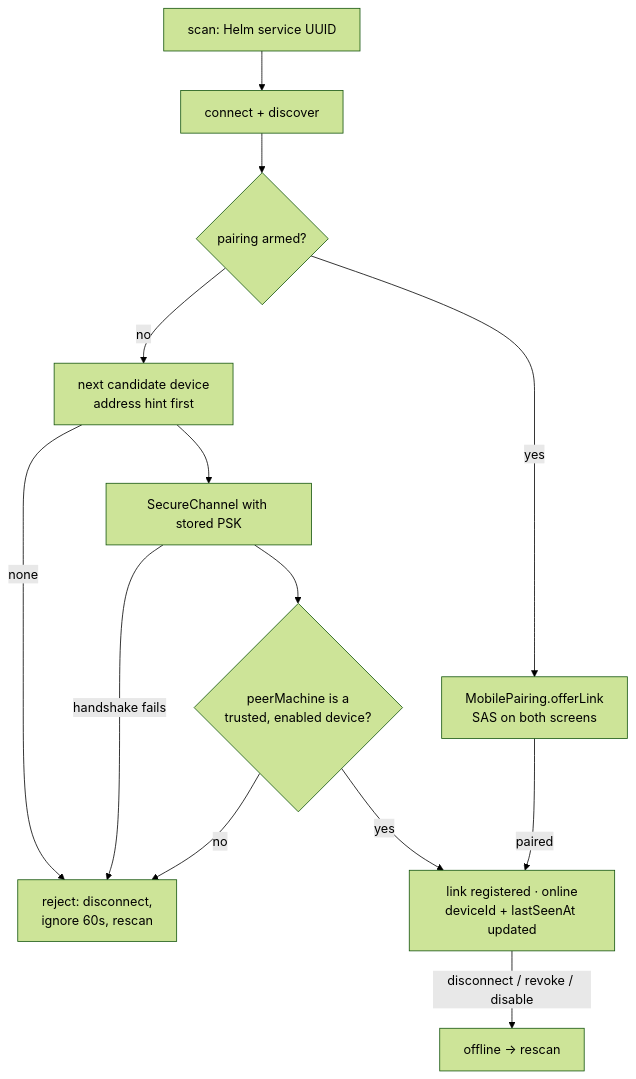
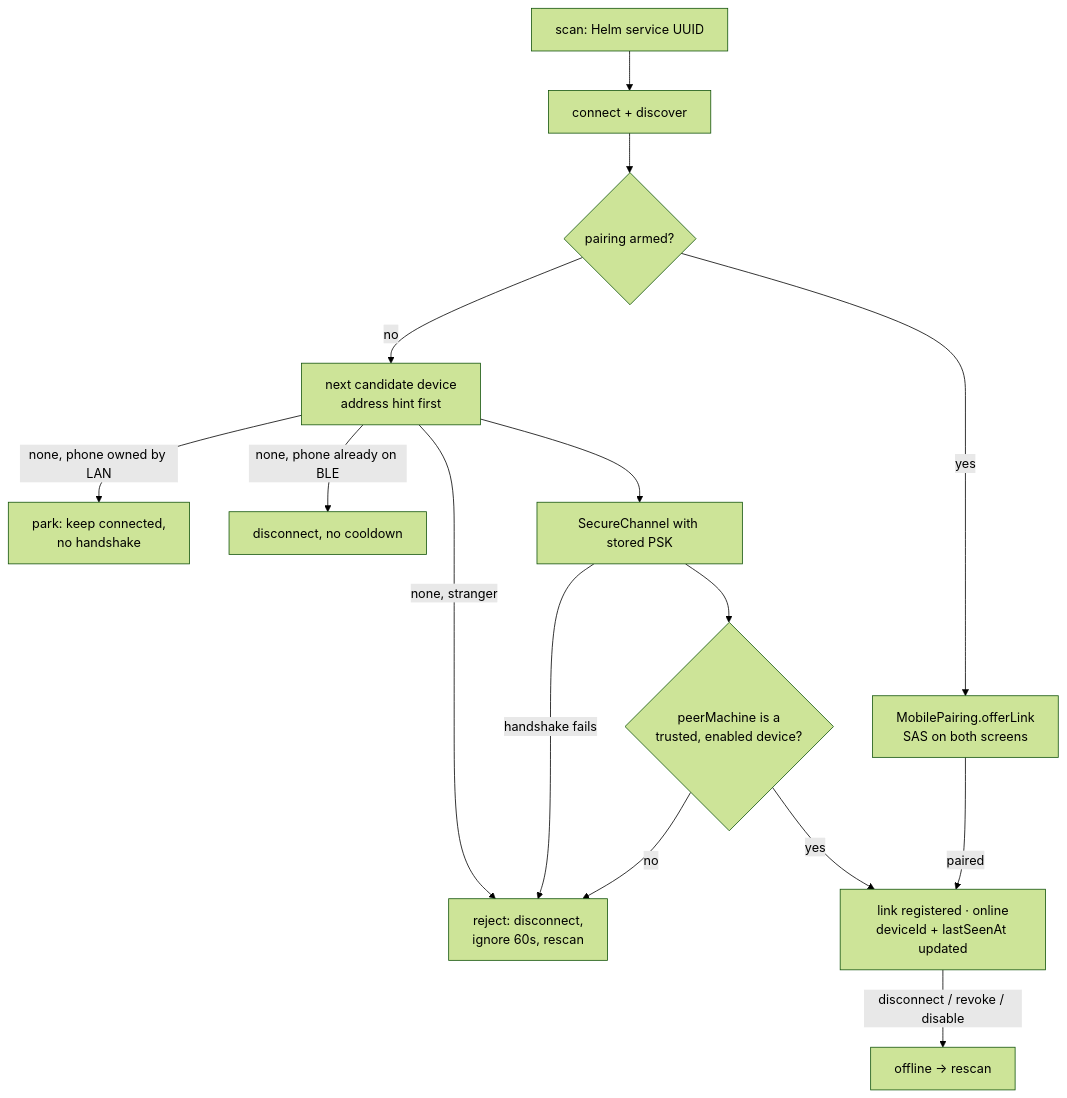
Before and after one commit to PetePeter/helm: the second of 4 diagrams in docs/mobile-ble-transport.md, drawn with Mermaid (forest theme). The commit also changed other lines of this file and 30 other files, not shown here.

````diff
--- a/docs/mobile-ble-transport.md
+++ b/docs/mobile-ble-transport.md
@@ -124,15 +124,17 @@
 ```mermaid
 graph TD
     S[scan: Helm service UUID] --> C[connect + discover]
     C --> P{pairing armed?}
     P -->|yes| PAIR[MobilePairing.offerLink<br/>SAS on both screens]
     P -->|no| K[next candidate device<br/>address hint first]
-    K -->|none| R[reject: disconnect,<br/>ignore 60s, rescan]
+    K -->|none, phone owned by LAN| PK[park: keep connected,<br/>no handshake]
+    K -->|none, phone already on BLE| D[disconnect, no cooldown]
+    K -->|none, stranger| R[reject: disconnect,<br/>ignore 60s, rescan]
     K --> H[SecureChannel with stored PSK]
     H -->|handshake fails| R
     H --> M{peerMachine is a<br/>trusted, enabled device?}
     M -->|no| R
     M -->|yes| L[link registered · online<br/>deviceId + lastSeenAt updated]
     PAIR -->|paired| L
     L -->|disconnect / revoke / disable| OFF[offline → rescan]
 ```
````
